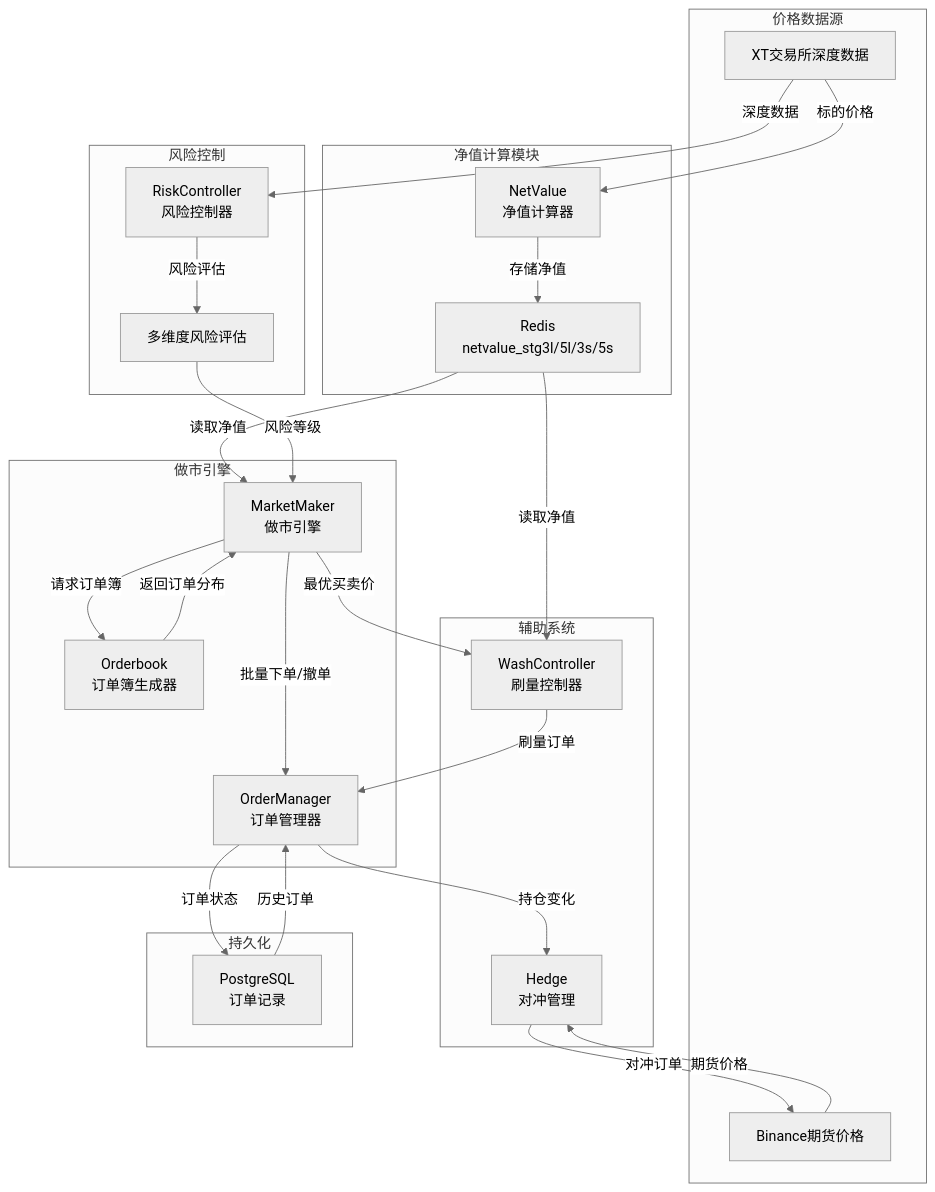
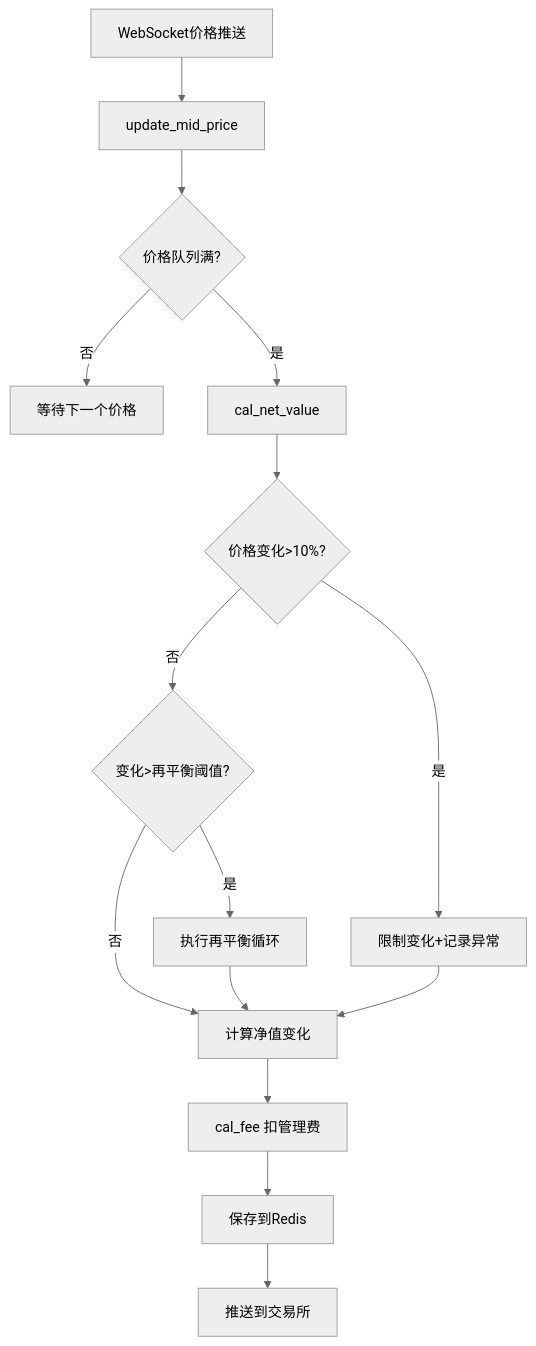
One commit to realm520/xt_etf changed the first of 3 diagrams in docs/ETF做市系统技术文档.md. Above: the diagram before and after it, drawn with Mermaid (neutral theme). The commit also changed other lines of this file and 2 other files, not shown here.

````diff
--- a/docs/ETF做市系统技术文档.md
+++ b/docs/ETF做市系统技术文档.md
@@ -763,55 +64,17 @@
 ```mermaid
-graph TB
-    subgraph "价格数据源"
-        A[XT交易所深度数据]
-        B[Binance期货价格]
-    end
-
-    subgraph "净值计算模块"
-        C[NetValue<br/>净值计算器]
-        D[Redis<br/>netvalue_stg3l/5l/3s/5s]
-    end
-
-    subgraph "做市引擎"
-        E[MarketMaker<br/>做市引擎]
-        F[Orderbook<br/>订单簿生成器]
-        G[OrderManager<br/>订单管理器]
-    end
-
-    subgraph "风险控制"
-        H[RiskController<br/>风险控制器]
-        I[多维度风险评估]
-    end
-
-    subgraph "辅助系统"
-        J[WashController<br/>刷量控制器]
-        K[Hedge<br/>对冲管理]
-    end
-
-    subgraph "持久化"
-        L[PostgreSQL<br/>订单记录]
-    end
-
-    A -->|标的价格| C
-    C -->|存储净值| D
-    D -->|读取净值| E
-
-    E -->|请求订单簿| F
-    F -->|返回订单分布| E
-    E -->|批量下单/撤单| G
-
-    A -->|深度数据| H
-    H -->|风险评估| I
-    I -->|风险等级| E
-
-    D -->|读取净值| J
-    E -->|最优买卖价| J
-    J -->|刷量订单| G
-
-    G -->|持仓变化| K
-    B -->|期货价格| K
-    K -->|对冲订单| B
-
-    G -->|订单状态| L
-    L -->|历史订单| G
+graph TD
+    A[WebSocket价格推送] --> B[update_mid_price]
+    B --> C{价格队列满?}
+    C -->|否| D[等待下一个价格]
+    C -->|是| E[cal_net_value]
+    E --> F{价格变化>10%?}
+    F -->|是| G[限制变化+记录异常]
+    F -->|否| H{变化>再平衡阈值?}
+    H -->|是| I[执行再平衡循环]
+    H -->|否| J[计算净值变化]
+    I --> J
+    G --> J
+    J --> K[cal_fee 扣管理费]
+    K --> L[保存到Redis]
+    L --> M[推送到交易所]
 ```
````
